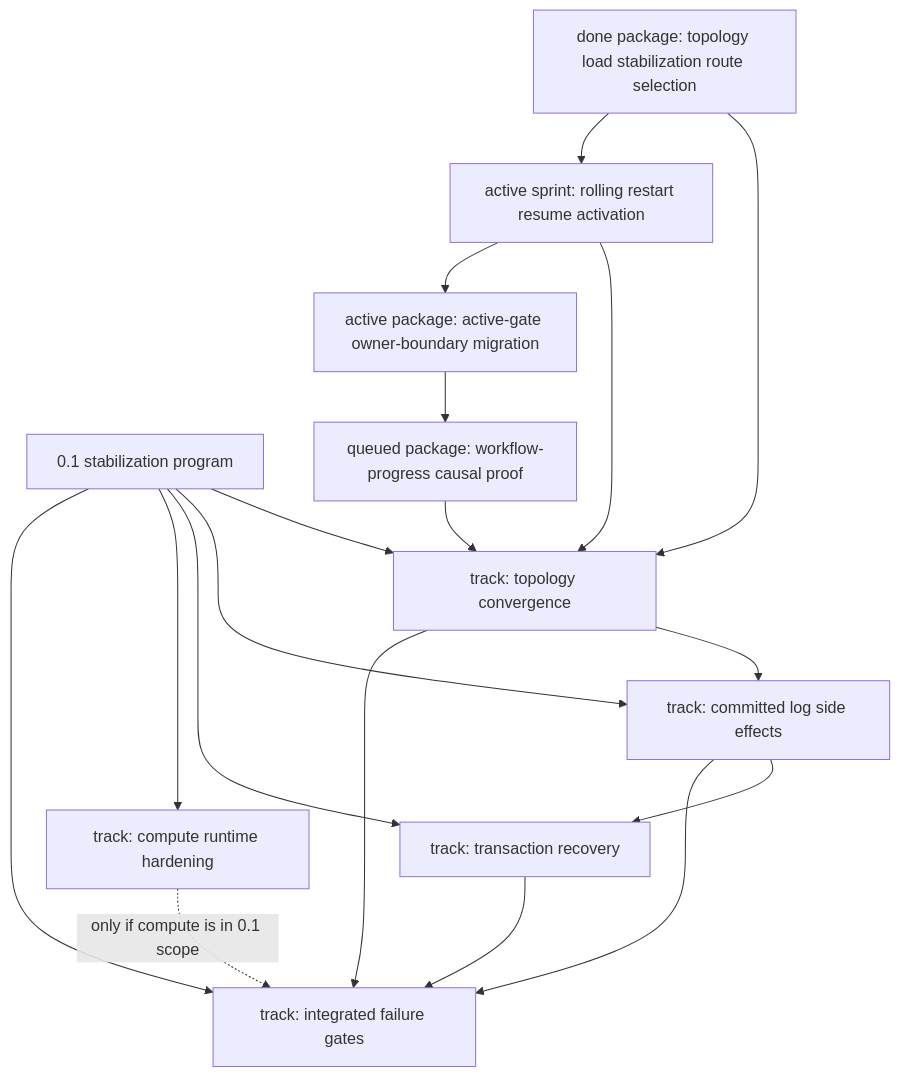
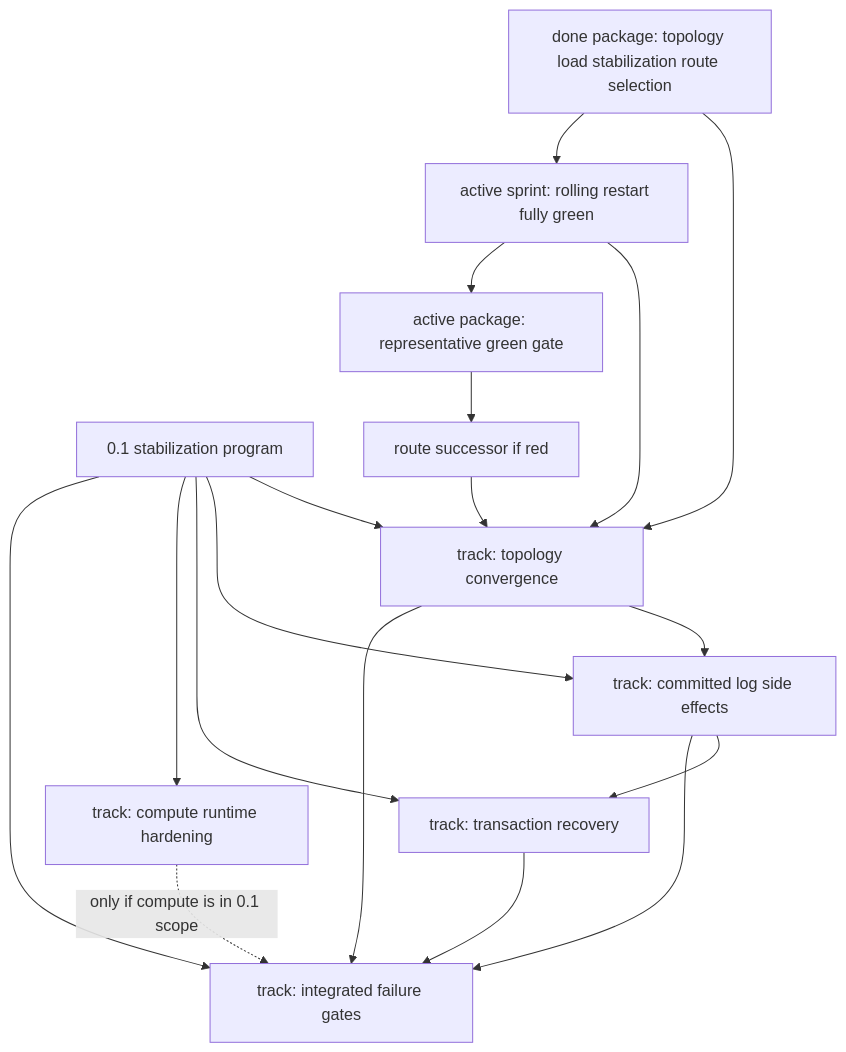
The diagram in work/releases/0.1-dependency-map.md (psvensson/lagrange), drawn with Mermaid before and after one commit. The commit also changed other lines of this file and 5 other files, not shown here.

Commit message:
Create rolling restart fully green sprint

````diff
--- a/work/releases/0.1-dependency-map.md
+++ b/work/releases/0.1-dependency-map.md
@@ -46,33 +46,33 @@
 ```mermaid
 flowchart TD
   release["0.1 stabilization program"]
   topo["track: topology convergence"]
   sidefx["track: committed log side effects"]
   tx["track: transaction recovery"]
   compute["track: compute runtime hardening"]
   gates["track: integrated failure gates"]
   route["done package: topology load stabilization route selection"]
-  sprint["active sprint: rolling restart resume activation"]
-  gate["active package: active-gate owner-boundary migration"]
-  workflow["queued package: workflow-progress causal proof"]
+  sprint["active sprint: rolling restart fully green"]
+  gate["active package: representative green gate"]
+  workflow["route successor if red"]
 
   release --> topo
   release --> sidefx
   release --> tx
   release --> compute
   release --> gates
 
   route --> topo
   route --> sprint
   sprint --> topo
   sprint --> gate
   gate --> workflow
   workflow --> topo
 
   topo --> sidefx
   sidefx --> tx
   topo --> gates
   sidefx --> gates
   tx --> gates
   compute -. "only if compute is in 0.1 scope" .-> gates
 ```
````
